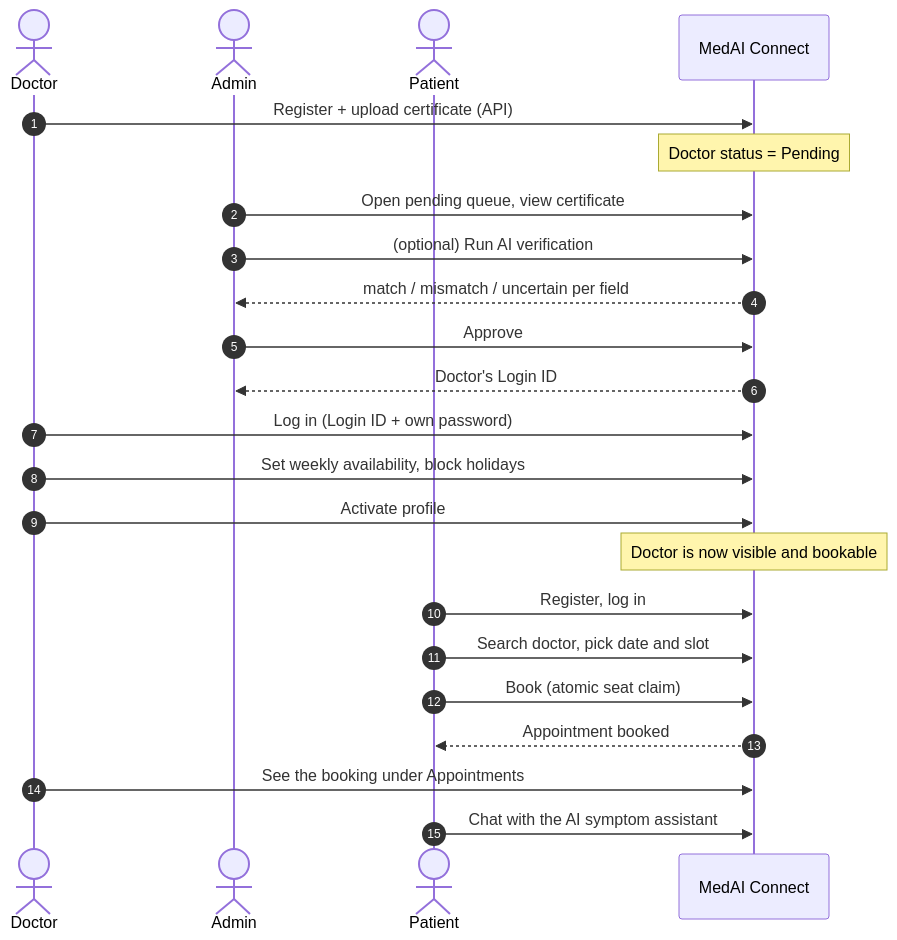
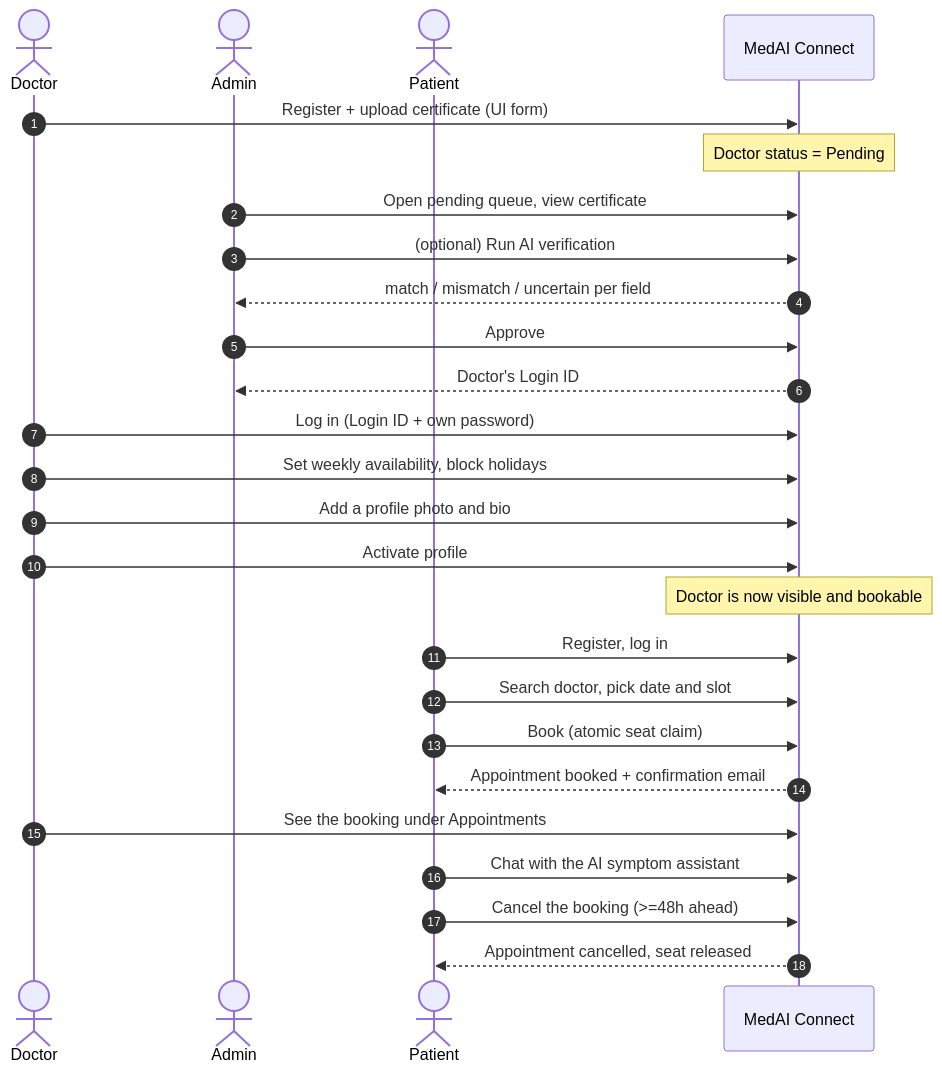
Before and after one commit to SouradeepMisra/MedAI-Connect: the diagram in docs/07-End-to-End-Walkthrough.md, drawn with Mermaid. The commit also changed other lines of this file and 9 other files, not shown here.

````diff
--- a/docs/07-End-to-End-Walkthrough.md
+++ b/docs/07-End-to-End-Walkthrough.md
@@ -14,26 +14,29 @@
 ```mermaid
 sequenceDiagram
     autonumber
     actor D as Doctor
     actor A as Admin
     actor P as Patient
     participant S as MedAI Connect
 
-    D->>S: Register + upload certificate (API)
+    D->>S: Register + upload certificate (UI form)
     Note over S: Doctor status = Pending
     A->>S: Open pending queue, view certificate
     A->>S: (optional) Run AI verification
     S-->>A: match / mismatch / uncertain per field
     A->>S: Approve
     S-->>A: Doctor's Login ID
     D->>S: Log in (Login ID + own password)
     D->>S: Set weekly availability, block holidays
+    D->>S: Add a profile photo and bio
     D->>S: Activate profile
     Note over S: Doctor is now visible and bookable
     P->>S: Register, log in
     P->>S: Search doctor, pick date and slot
     P->>S: Book (atomic seat claim)
-    S-->>P: Appointment booked
+    S-->>P: Appointment booked + confirmation email
     D->>S: See the booking under Appointments
     P->>S: Chat with the AI symptom assistant
+    P->>S: Cancel the booking (>=48h ahead)
+    S-->>P: Appointment cancelled, seat released
 ```
````
